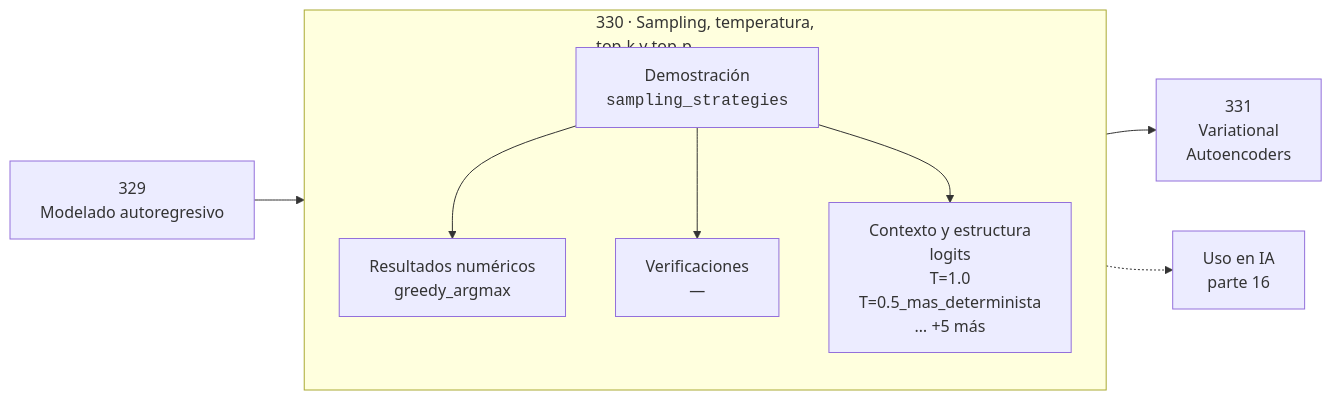
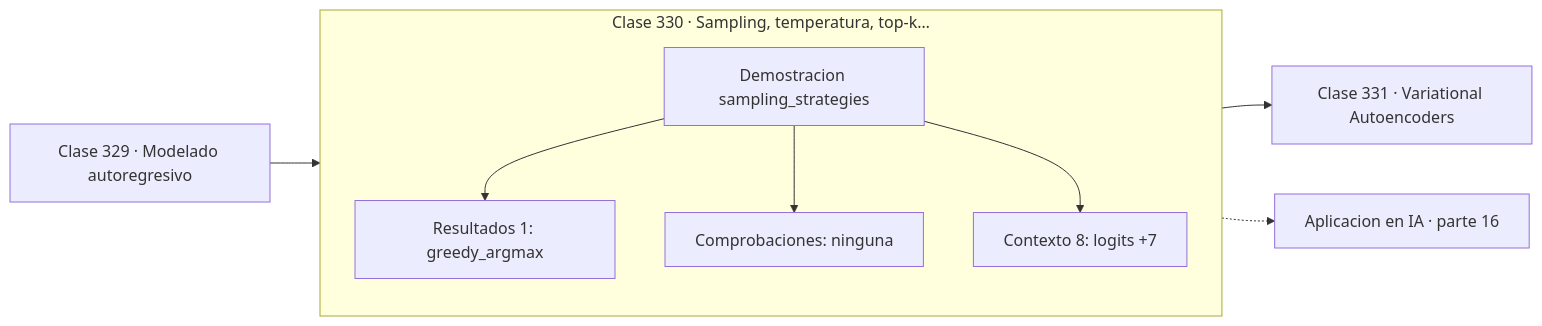
One commit to vladimiracunadev-create/computational-mathematics-program changed the diagram in classes/part-16-matematica-de-transformers-modelos-generativos-grafos-y-rl/330-sampling-temperatura-top-k-y-top-p/README.md. Above: the diagram before and after it, drawn with Mermaid. The commit also changed 389 other files, not shown here.

First line of the commit message:
fix(diagramas): elimina el HTML de las etiquetas Mermaid

````diff
--- a/classes/part-16-matematica-de-transformers-modelos-generativos-grafos-y-rl/330-sampling-temperatura-top-k-y-top-p/README.md
+++ b/classes/part-16-matematica-de-transformers-modelos-generativos-grafos-y-rl/330-sampling-temperatura-top-k-y-top-p/README.md
@@ -30,12 +30,13 @@
 ```mermaid
 flowchart LR
-    P["329<br/>Modelado autoregresivo"] --> C
-    subgraph C["330 · Sampling, temperatura,<br/>top-k y top-p"]
+    P["Clase 329 · Modelado autoregresivo"] --> D
+    subgraph CLASE["Clase 330 · Sampling, temperatura, top-k…"]
         direction TB
-        D["Demostración<br/><code>sampling_strategies</code>"] --> R["Resultados numéricos<br/>greedy_argmax"]
-        D --> V["Verificaciones<br/>—"]
-        D --> O["Contexto y estructura<br/>logits<br/>T=1.0<br/>T=0.5_mas_determinista<br/>… +5 más"]
+        D["Demostracion sampling_strategies"]
+        D --> R["Resultados 1: greedy_argmax"]
+        D --> V["Comprobaciones: ninguna"]
+        D --> O["Contexto 8: logits +7"]
     end
-    C --> N["331<br/>Variational<br/>Autoencoders"]
-    C -.-> IA["Uso en IA<br/>parte 16"]
+    R --> N["Clase 331 · Variational Autoencoders"]
+    V -.-> IA["Aplicacion en IA · parte 16"]
 ```
````
